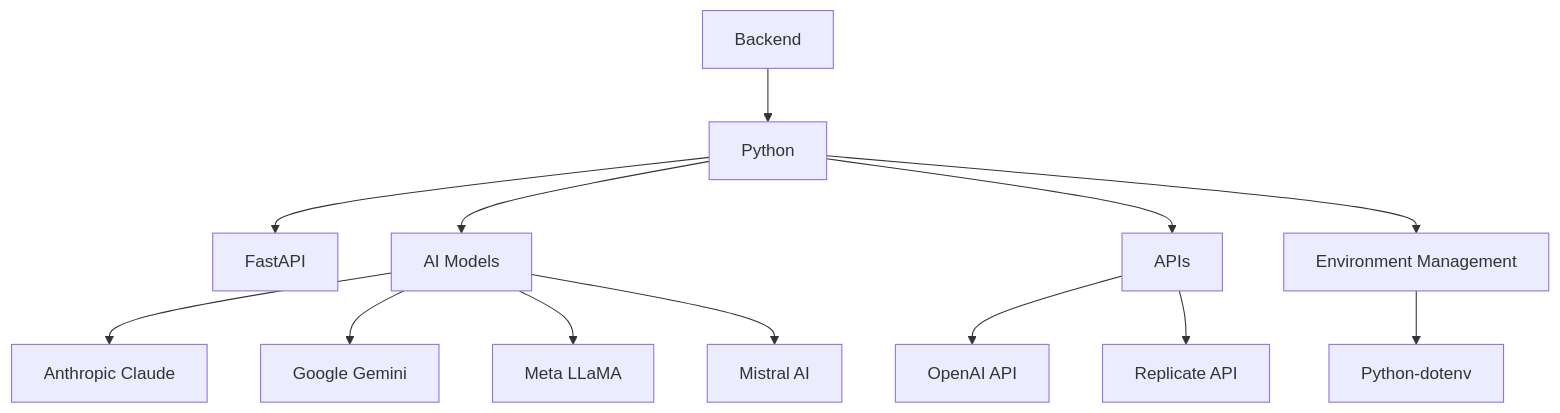
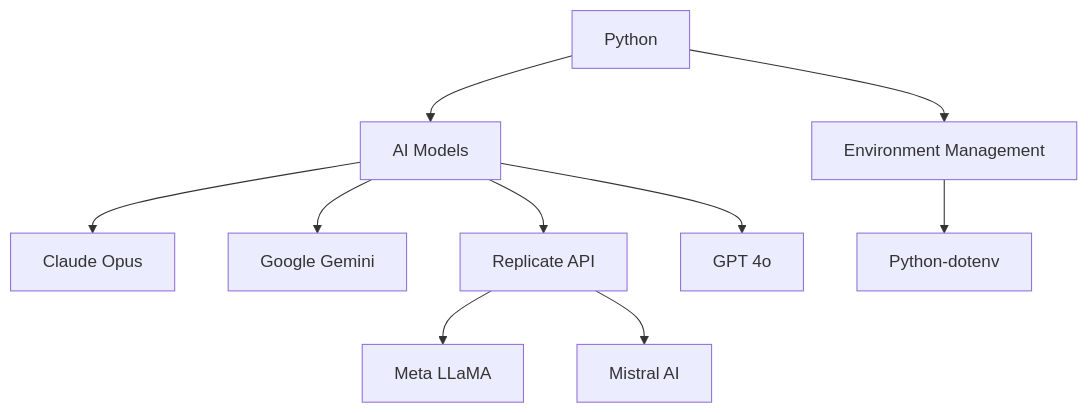
The diagram in README.md (awr7/MoM), drawn with Mermaid before and after one commit. The commit also changed other lines of this file, not shown here.

````diff
--- a/README.md
+++ b/README.md
@@ -15,16 +15,14 @@
-``` mermaid
+```mermaid
 graph TD;
-    A[Backend] --> B[Python]
-    B --> C[FastAPI]
+    B[Python]
     B --> D[AI Models]
-    D --> E[Anthropic Claude]
+    D --> E[Claude Opus ]
     D --> F[Google Gemini]
-    D --> G[Meta LLaMA]
-    D --> H[Mistral AI]
-    B --> I[APIs]
-    I --> J[OpenAI API]
-    I --> K[Replicate API]
+    D --> K[Replicate API]
+    K --> G[Meta LLaMA]
+    K --> H[Mistral AI]
+    D --> J[GPT 4o]
     B --> L[Environment Management]
     L --> M[Python-dotenv]
 
 ```
````
